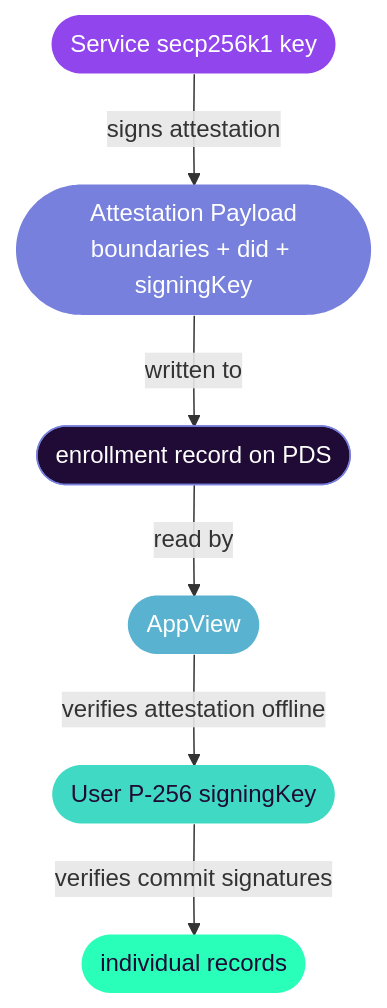
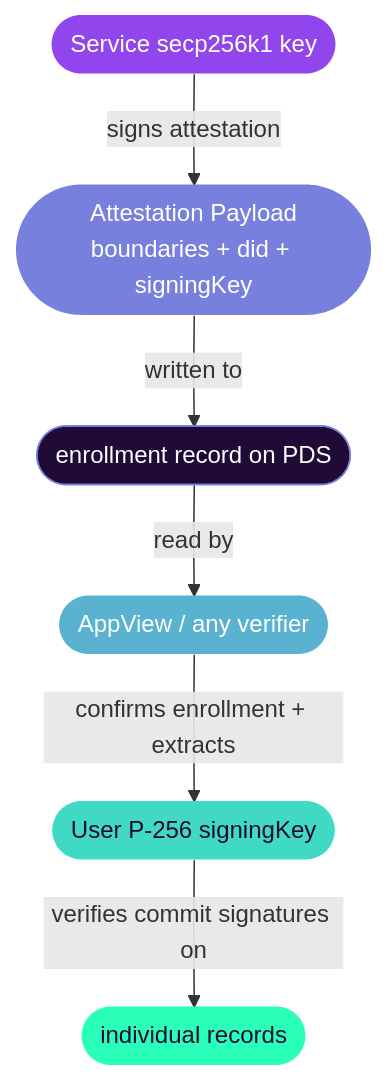
One commit to NorthskySocial/stratos changed the diagram in docs/guide/concepts.md. Above: the diagram before and after it, drawn with Mermaid. The commit also changed other lines of this file and 2 other files, not shown here.

Commit message:
docs: clarify attestation role vs boundary enforcement
Attestations are for public enrollment verification — they let any app
confirm a user is enrolled with a Stratos service and check authorship
of records offline. They do not enforce access.

Actual boundary enforcement is always done internally by Stratos: when
a request arrives, Stratos validates the caller's current membership
before returning content.

Updated what-is-stratos.md, concepts.md trust model, and
enrollment-signing.md intro to reflect this distinction clearly.

````diff
--- a/docs/guide/concepts.md
+++ b/docs/guide/concepts.md
@@ -73,15 +77,15 @@
 ```mermaid
 flowchart TD
     K([Service secp256k1 key]) -->|signs attestation| E([Attestation Payload\nboundaries + did + signingKey])
     E -->|written to| R([enrollment record on PDS])
-    R -->|read by| A([AppView])
-    A -->|verifies attestation offline| UK([User P-256 signingKey])
-    UK -->|verifies commit signatures| RC([individual records])
+    R -->|read by| A([AppView / any verifier])
+    A -->|confirms enrollment + extracts| UK([User P-256 signingKey])
+    UK -->|verifies commit signatures on| RC([individual records])
 
     style K fill:#9145EC,color:#fff,stroke:none
     style E fill:#7780DC,color:#fff,stroke:none
     style R fill:#1F0B35,color:#fff,stroke:#7780DC
     style A fill:#59B2CF,color:#fff,stroke:none
     style UK fill:#40DAC4,color:#1F0B35,stroke:none
     style RC fill:#2AFFBA,color:#1F0B35,stroke:none
 ```
````
